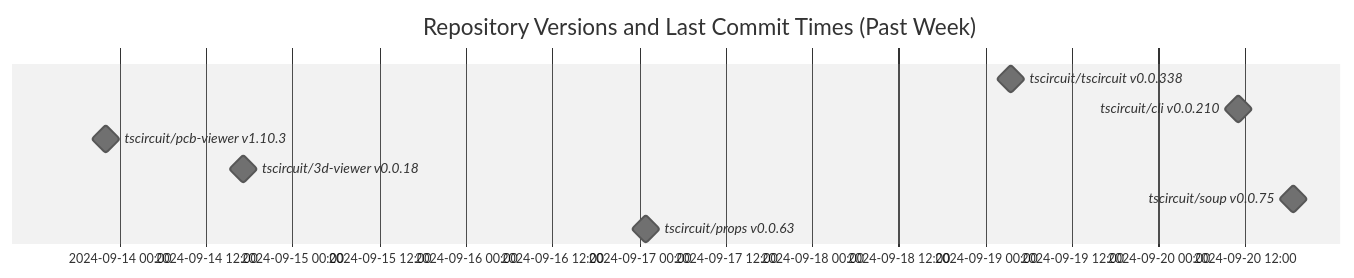
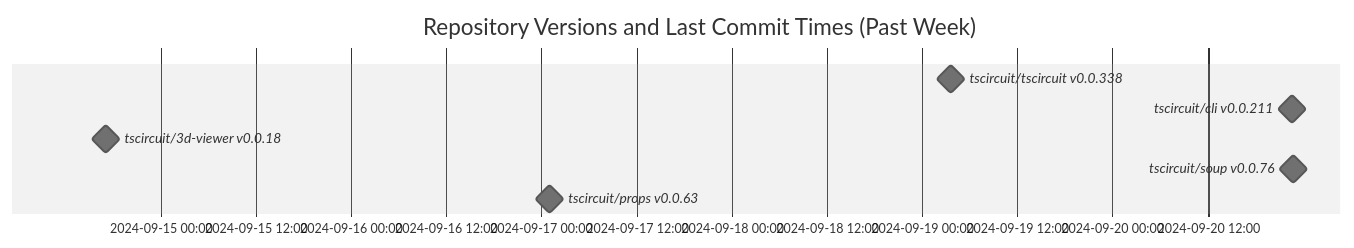
The diagram in README.md (tscircuit/version-tracker), drawn with Mermaid (neutral theme) before and after one commit.

Commit message:
Update chart

````diff
--- a/README.md
+++ b/README.md
@@ -1,13 +1,12 @@
 ```mermaid
 gantt
   dateFormat  YYYY-MM-DD HH:mm:ss
   title Repository Versions and Last Commit Times (Past Week)
   axisFormat %Y-%m-%d %H:%M
 
   tscircuit/tscircuit v0.0.338 : milestone, 2024-09-19 03:33:35, 1s
-  tscircuit/cli v0.0.210 : milestone, 2024-09-20 11:07:47, 1s
-  tscircuit/pcb-viewer v1.10.3 : milestone, 2024-09-13 22:06:50, 1s
+  tscircuit/cli v0.0.211 : milestone, 2024-09-20 22:40:53, 1s
   tscircuit/3d-viewer v0.0.18 : milestone, 2024-09-14 17:06:37, 1s
-  tscircuit/soup v0.0.75 : milestone, 2024-09-20 18:41:17, 1s
+  tscircuit/soup v0.0.76 : milestone, 2024-09-20 22:46:17, 1s
   tscircuit/props v0.0.63 : milestone, 2024-09-17 00:58:09, 1s
 ```
````
